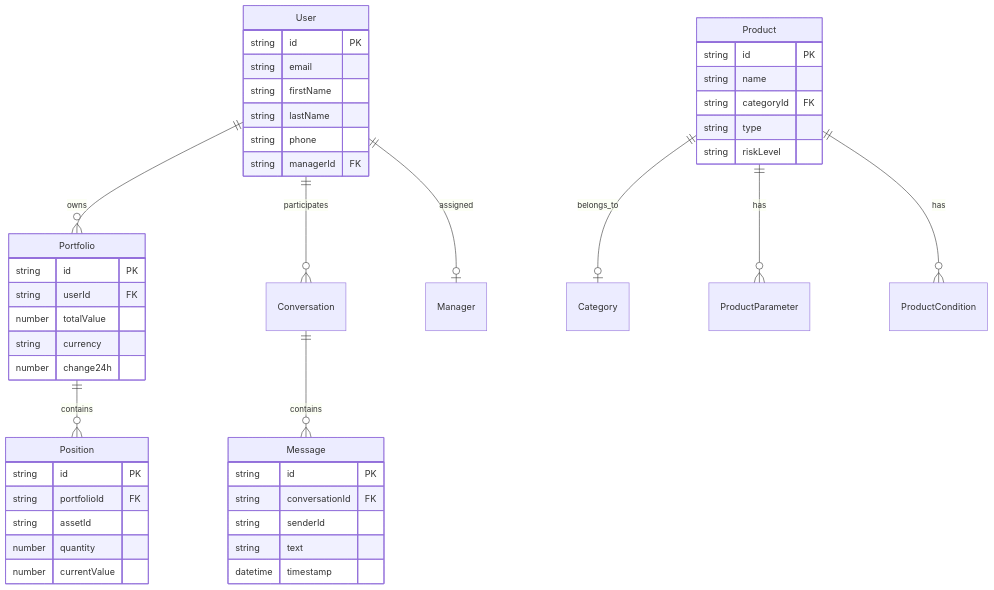
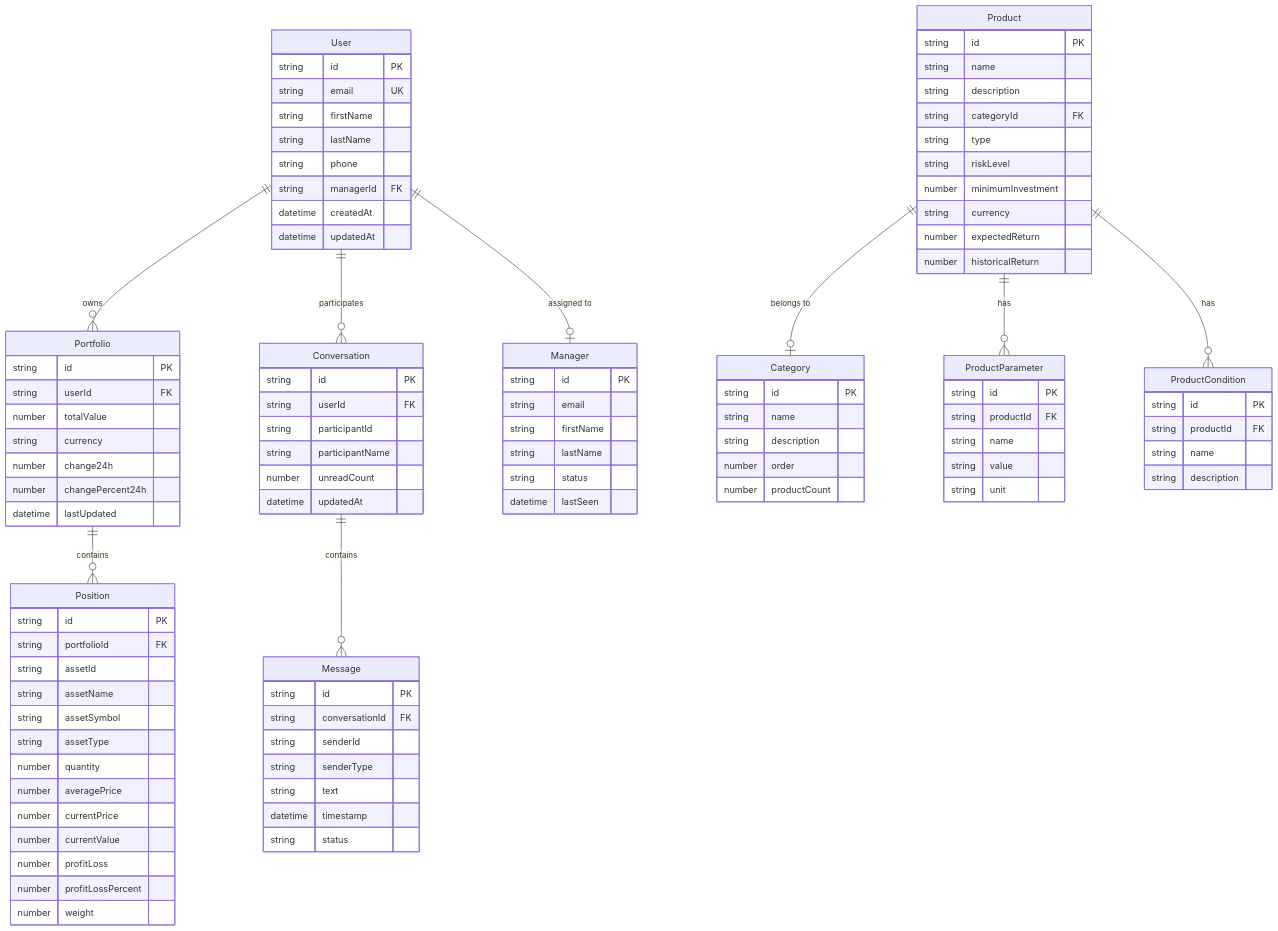
The fourth of 9 diagrams in docs/design/system-design.md (vovkins/agents-react-native-experiment-2), drawn with Mermaid before and after one commit. The commit also changed other lines of this file, not shown here.

````diff
--- a/docs/design/system-design.md
+++ b/docs/design/system-design.md
@@ -994,11 +343,11 @@
 erDiagram
     User ||--o{ Portfolio : owns
     User ||--o{ Conversation : participates
-    User ||--o| Manager : assigned
+    User ||--o| Manager : "assigned to"
     
     Portfolio ||--o{ Position : contains
     
-    Product ||--o| Category : belongs_to
+    Product ||--o| Category : "belongs to"
     Product ||--o{ ProductParameter : has
     Product ||--o{ ProductCondition : has
     
@@ -1006,11 +355,13 @@
     
     User {
         string id PK
-        string email
+        string email UK
         string firstName
         string lastName
         string phone
         string managerId FK
+        datetime createdAt
+        datetime updatedAt
     }
     
     Portfolio {
@@ -1019,29 +370,87 @@
         number totalValue
         string currency
         number change24h
+        number changePercent24h
+        datetime lastUpdated
     }
     
     Position {
         string id PK
         string portfolioId FK
         string assetId
+        string assetName
+        string assetSymbol
+        string assetType
         number quantity
+        number averagePrice
+        number currentPrice
         number currentValue
+        number profitLoss
+        number profitLossPercent
+        number weight
     }
     
     Product {
         string id PK
         string name
+        string description
         string categoryId FK
         string type
         string riskLevel
+        number minimumInvestment
+        string currency
+        number expectedReturn
+        number historicalReturn
+    }
+    
+    Category {
+        string id PK
+        string name
+        string description
+        number order
+        number productCount
+    }
+    
+    ProductParameter {
+        string id PK
+        string productId FK
+        string name
+        string value
+        string unit
+    }
+    
+    ProductCondition {
+        string id PK
+        string productId FK
+        string name
+        string description
+    }
+    
+    Conversation {
+        string id PK
+        string userId FK
+        string participantId
+        string participantName
+        number unreadCount
+        datetime updatedAt
     }
     
     Message {
         string id PK
         string conversationId FK
         string senderId
+        string senderType
         string text
         datetime timestamp
+        string status
+    }
+    
+    Manager {
+        string id PK
+        string email
+        string firstName
+        string lastName
+        string status
+        datetime lastSeen
     }
 ```
````
